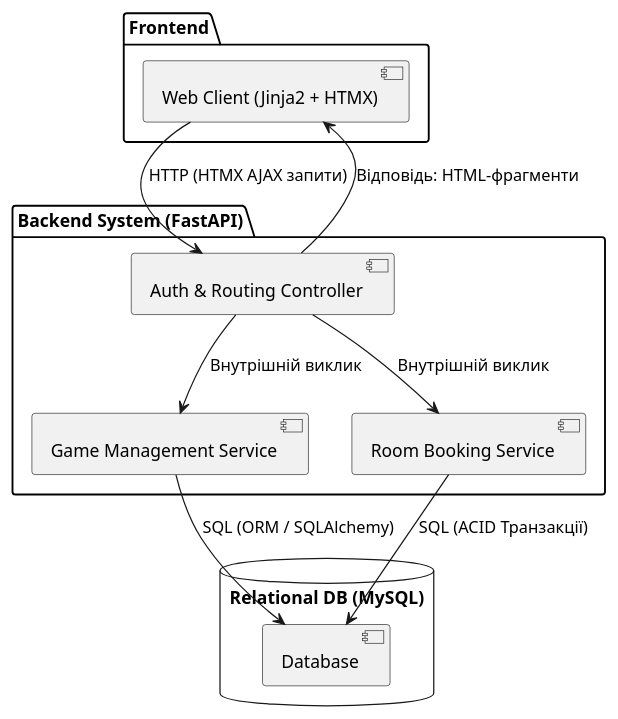
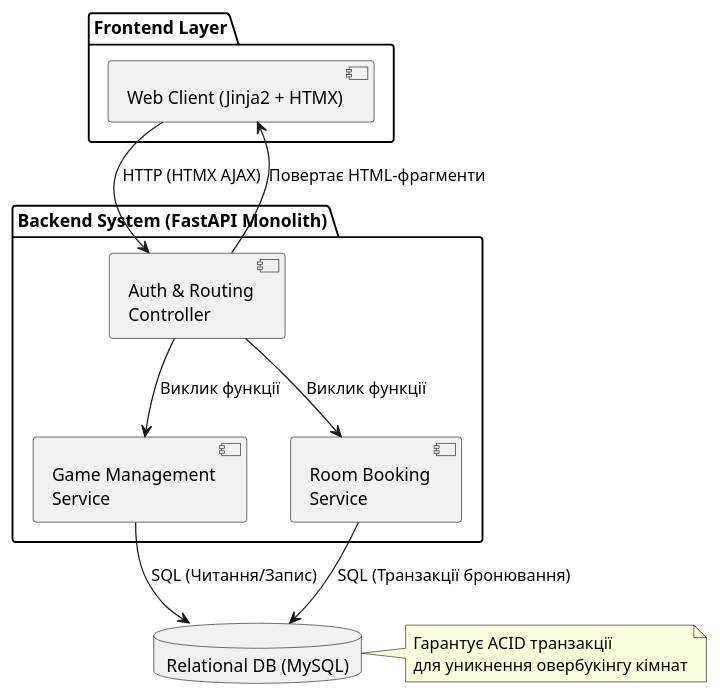
The diagram in docs/architecture/uml/component-diagram.puml (ukma-fin-ssdm-2026/vibecoders), drawn with PlantUML before and after one commit. The commit also changed other lines of this file, not shown here.

Commit message:
Revise UML component diagram for frontend and backend
Refactor component diagram to improve structure and clarity. Update component names and relationships.

```diff
--- a/docs/architecture/uml/component-diagram.puml
+++ b/docs/architecture/uml/component-diagram.puml
@@ -1,24 +1,27 @@
 @startuml
 skinparam componentStyle uml2
 
-package "Frontend" {
-  [Web Client (Jinja2 + HTMX)] as Client
+package "Frontend Layer" {
+  component "Web Client (Jinja2 + HTMX)" as Client
 }
 
-package "Backend System (FastAPI)" {
-  [Auth & Routing Controller] as Auth
-  [Game Management Service] as GameService
-  [Room Booking Service] as BookingService
+package "Backend System (FastAPI Monolith)" {
+  component "Auth & Routing\nController" as Auth
+  component "Game Management\nService" as GameSvc
+  component "Room Booking\nService" as RoomSvc
 }
 
-database "Relational DB (MySQL)" {
-  [Database] as DB
-}
+database "Relational DB (MySQL)" as DB
 
-Client --> Auth : "HTTP (HTMX AJAX запити)"
-Auth --> GameService : "Внутрішній виклик"
-Auth --> BookingService : "Внутрішній виклик"
-GameService --> DB : "SQL (ORM / SQLAlchemy)"
-BookingService --> DB : "SQL (ACID Транзакції)"
-Auth --> Client : "Відповідь: HTML-фрагменти"
+Client --> Auth : HTTP (HTMX AJAX)
+Auth --> GameSvc : Виклик функції
+Auth --> RoomSvc : Виклик функції
+GameSvc --> DB : SQL (Читання/Запис)
+RoomSvc --> DB : SQL (Транзакції бронювання)
+Auth --> Client : Повертає HTML-фрагменти
+
+note right of DB
+  Гарантує ACID транзакції
+  для уникнення овербукінгу кімнат
+end note
 @enduml
```
